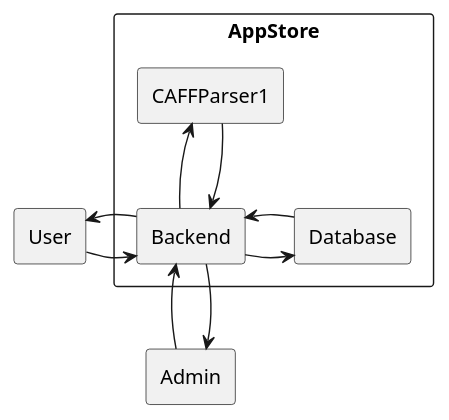
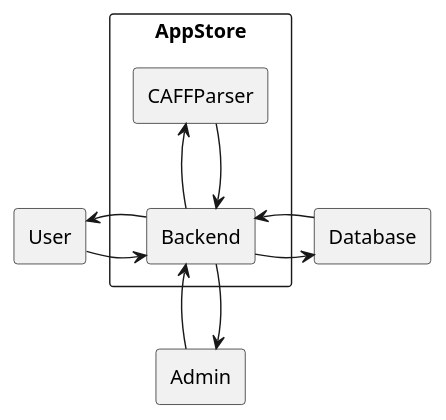
One commit to DRKV333/WannaCrySys changed the diagram in uml/systemplan.puml. Above: the diagram before and after it, drawn with PlantUML.

Commit message:
Fixed system plan

```diff
--- a/uml/systemplan.puml
+++ b/uml/systemplan.puml
@@ -1,23 +1,18 @@
 @startuml
-skinparam BackgroundColor transparent
 skinparam componentStyle rectangle
 
+component AppStore {
+    [CAFFParser] <-- [Backend]
+    [CAFFParser] --> [Backend]
+}
 
-component AppStore {
-    [Backend] -> [Database]
-    [Backend] <- [Database]
-
-
-    [CAFFParser1] <-- [Backend]
-    [CAFFParser1] --> [Backend]
-
-
-}
+[Backend] -> [Database]
+[Backend] <- [Database]
 
 [Backend] <-left- [User]
 [Backend] -left-> [User]
 
 [Backend] <-- [Admin]
 [Backend] --> [Admin]
 
 @enduml
```
